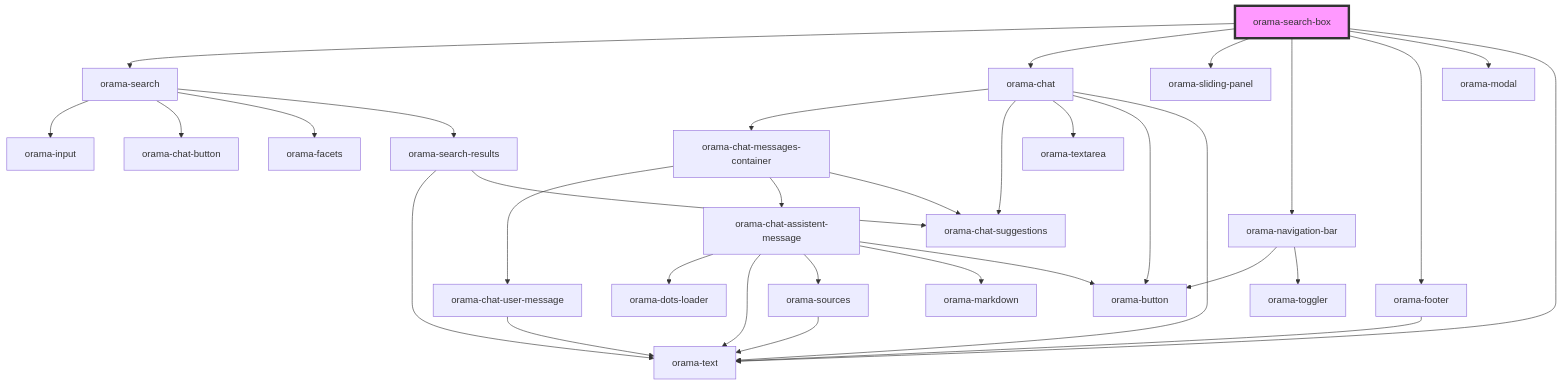
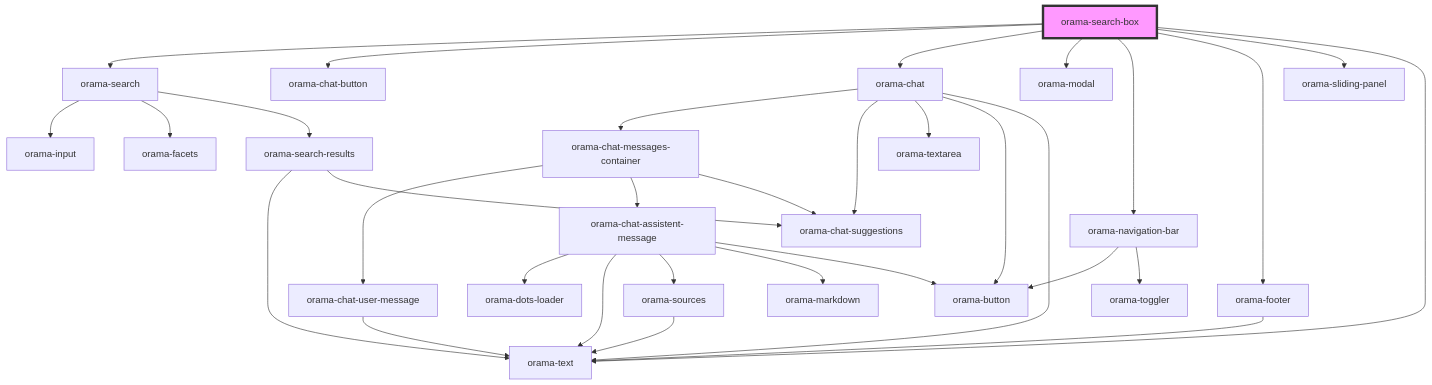
The diagram in packages/ui-stencil/src/components/orama-search-box/readme.md (askorama/orama-ui-components), drawn with Mermaid before and after one commit. The commit also changed other lines of this file and 17 other files, not shown here.

````diff
--- a/packages/ui-stencil/src/components/orama-search-box/readme.md
+++ b/packages/ui-stencil/src/components/orama-search-box/readme.md
@@ -50,35 +51,35 @@
 ```mermaid
 graph TD;
   orama-search-box --> orama-search
+  orama-search-box --> orama-chat-button
   orama-search-box --> orama-chat
-  orama-search-box --> orama-sliding-panel
+  orama-search-box --> orama-modal
   orama-search-box --> orama-navigation-bar
   orama-search-box --> orama-footer
-  orama-search-box --> orama-modal
+  orama-search-box --> orama-sliding-panel
   orama-search-box --> orama-text
   orama-search --> orama-input
-  orama-search --> orama-chat-button
   orama-search --> orama-facets
   orama-search --> orama-search-results
   orama-search-results --> orama-text
   orama-search-results --> orama-chat-suggestions
   orama-chat --> orama-chat-messages-container
   orama-chat --> orama-chat-suggestions
   orama-chat --> orama-textarea
   orama-chat --> orama-button
   orama-chat --> orama-text
   orama-chat-messages-container --> orama-chat-user-message
   orama-chat-messages-container --> orama-chat-assistent-message
   orama-chat-messages-container --> orama-chat-suggestions
   orama-chat-user-message --> orama-text
   orama-chat-assistent-message --> orama-dots-loader
   orama-chat-assistent-message --> orama-text
   orama-chat-assistent-message --> orama-sources
   orama-chat-assistent-message --> orama-markdown
   orama-chat-assistent-message --> orama-button
   orama-sources --> orama-text
   orama-navigation-bar --> orama-button
   orama-navigation-bar --> orama-toggler
   orama-footer --> orama-text
   style orama-search-box fill:#f9f,stroke:#333,stroke-width:4px
 ```
````
